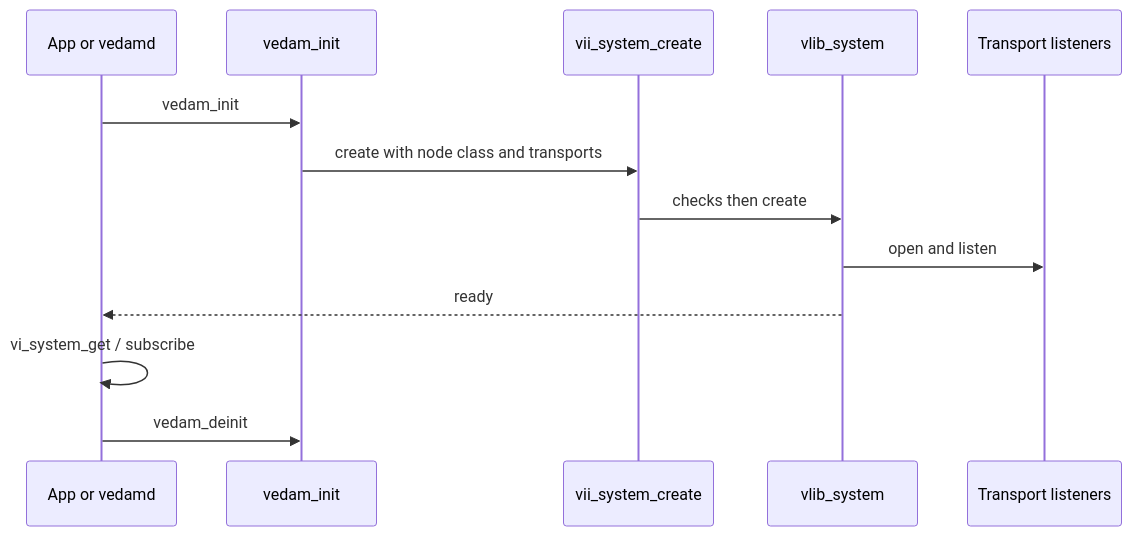
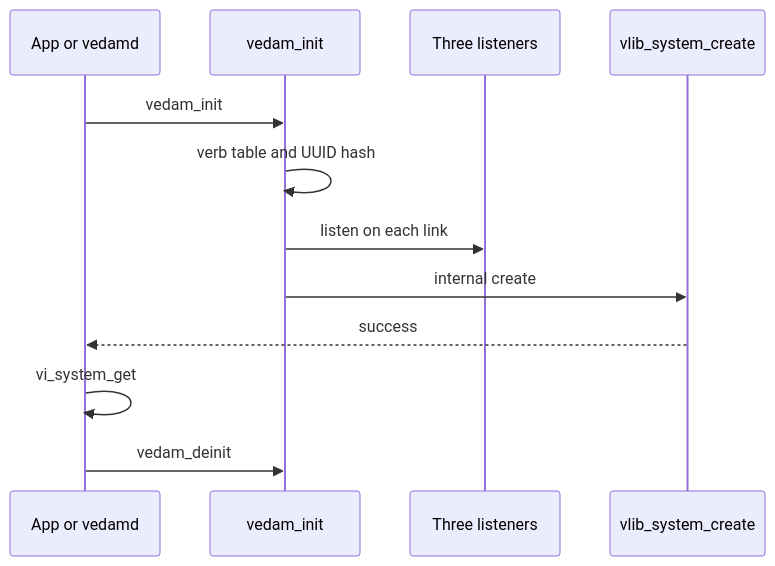
The second of 2 diagrams in chapters/interfaces/system.md (ltbhappyness/docs), drawn with Mermaid before and after one commit. The commit also changed other lines of this file and 12 other files, not shown here.

````diff
--- a/chapters/interfaces/system.md
+++ b/chapters/interfaces/system.md
@@ -145,16 +154,15 @@
 ```mermaid
 sequenceDiagram
   participant Host as App or vedamd
   participant Init as vedam_init
-  participant VII as vii_system_create
-  participant Lib as vlib_system
-  participant Rx as Transport listeners
+  participant Rx as Three listeners
+  participant Lib as vlib_system_create
 
   Host->>Init: vedam_init
-  Init->>VII: create with node class and transports
-  VII->>Lib: checks then create
-  Lib->>Rx: open and listen
-  Lib-->>Host: ready
-  Host->>Host: vi_system_get / subscribe
+  Init->>Init: verb table and UUID hash
+  Init->>Rx: listen on each link
+  Init->>Lib: internal create
+  Lib-->>Host: success
+  Host->>Host: vi_system_get
   Host->>Init: vedam_deinit
 ```
````
